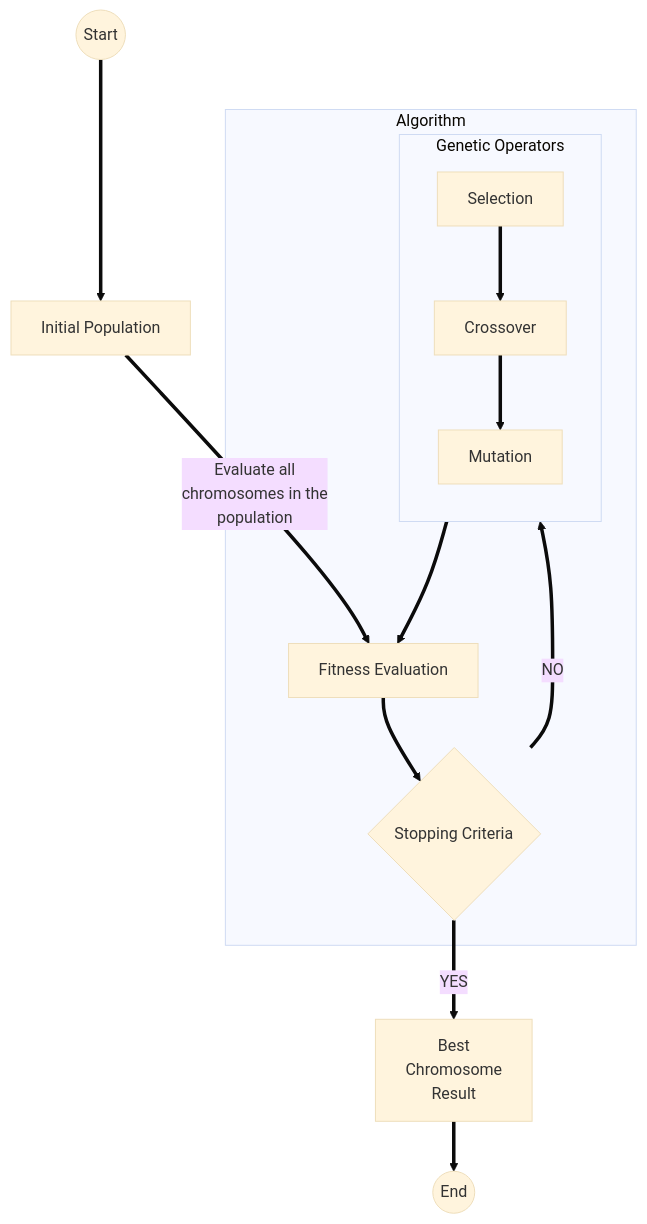
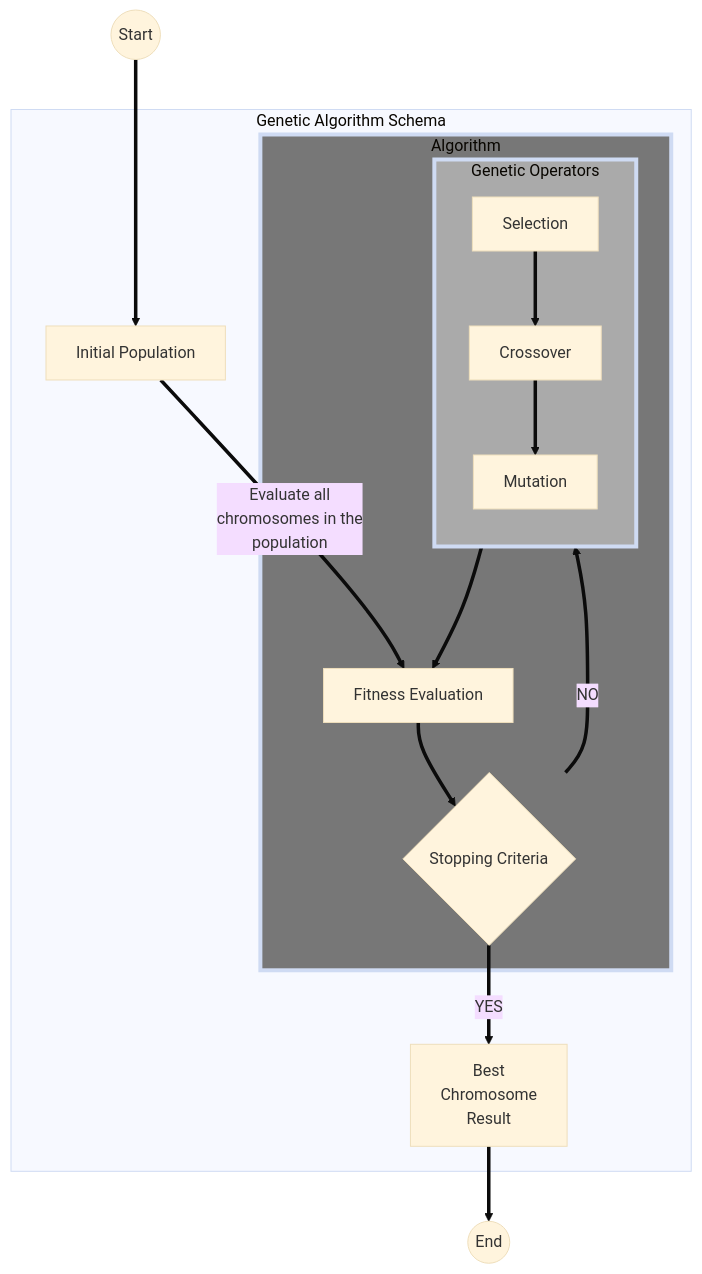
One commit to imarranz/pygenmet-manual changed the diagram in README.md. Above: the diagram before and after it, drawn with Mermaid (base theme).

````diff
--- a/README.md
+++ b/README.md
@@ -56,23 +56,31 @@
 ```mermaid
 flowchart TB
 ids((Start)) ==> A[Initial Population]
 A[Initial Population] ==Evaluate all<br>chromosomes in the<br>population==> B[Fitness Evaluation]
 B[Fitness Evaluation] ==> F{Stopping Criteria}
 F{Stopping Criteria} ==NO==> id1[Genetic Operators]
 F{Stopping Criteria} ==YES==> G[Best<br>Chromosome<br>Result]
 C[Selection] ==> D[Crossover]
 D[Crossover] ==> E[Mutation]
 subgraph id1[Genetic Operators]
   direction TB
   C[Selection]
   D[Crossover]
   E[Mutation]
 end
 subgraph id2[Algorithm]
  id1[Genetic Operators]
  B[Fitness Evaluation]
  F{Stopping Criteria}
 end
 id1[GeneticOperators] ==> B[Fitness Evaluation]
 G[Best<br>Chromosome<br>Result] ==> ide((End))
+subgraph id3[Genetic Algorithm Schema]
+ A[Initial Population]
+ id2[Algorithm]
+ G[Best<br>Chromosome<br>Result]
+end
+
+style id1 fill:#aaa,stroke-width:4px
+style id2 fill:#777,stroke-width:4px
 ```
````
